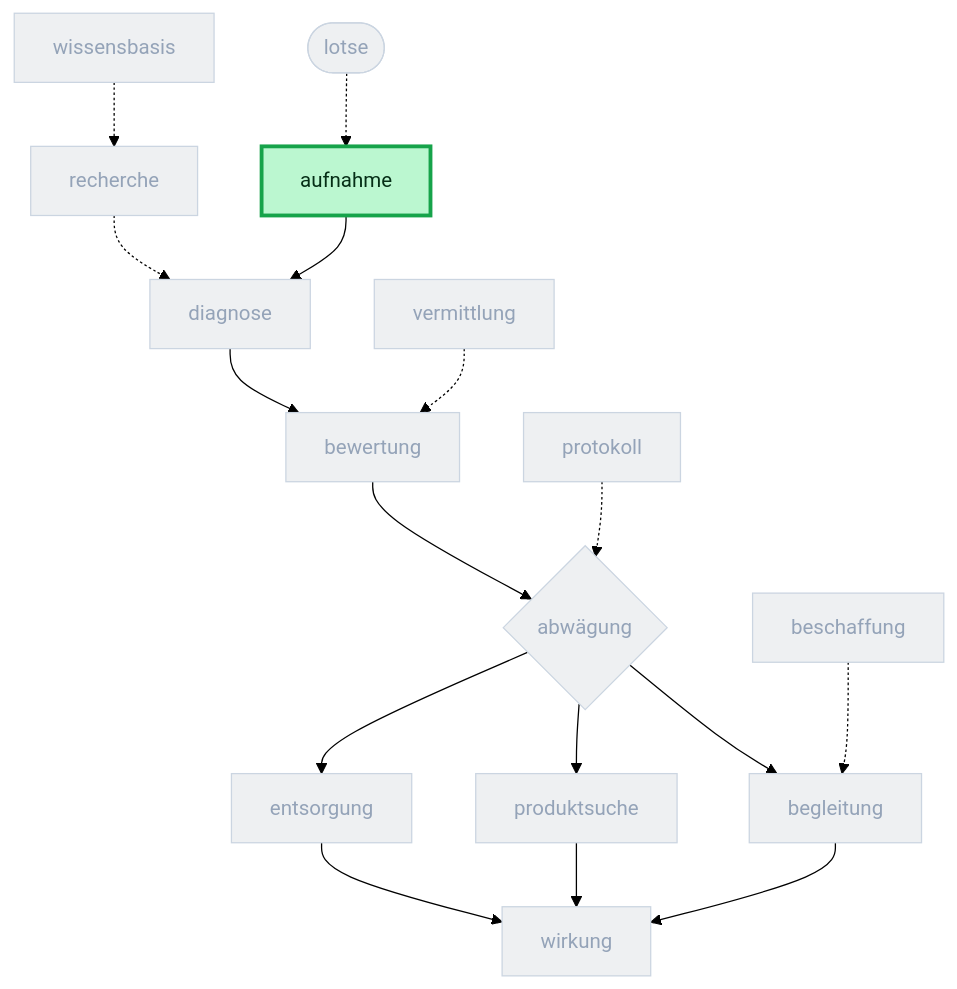
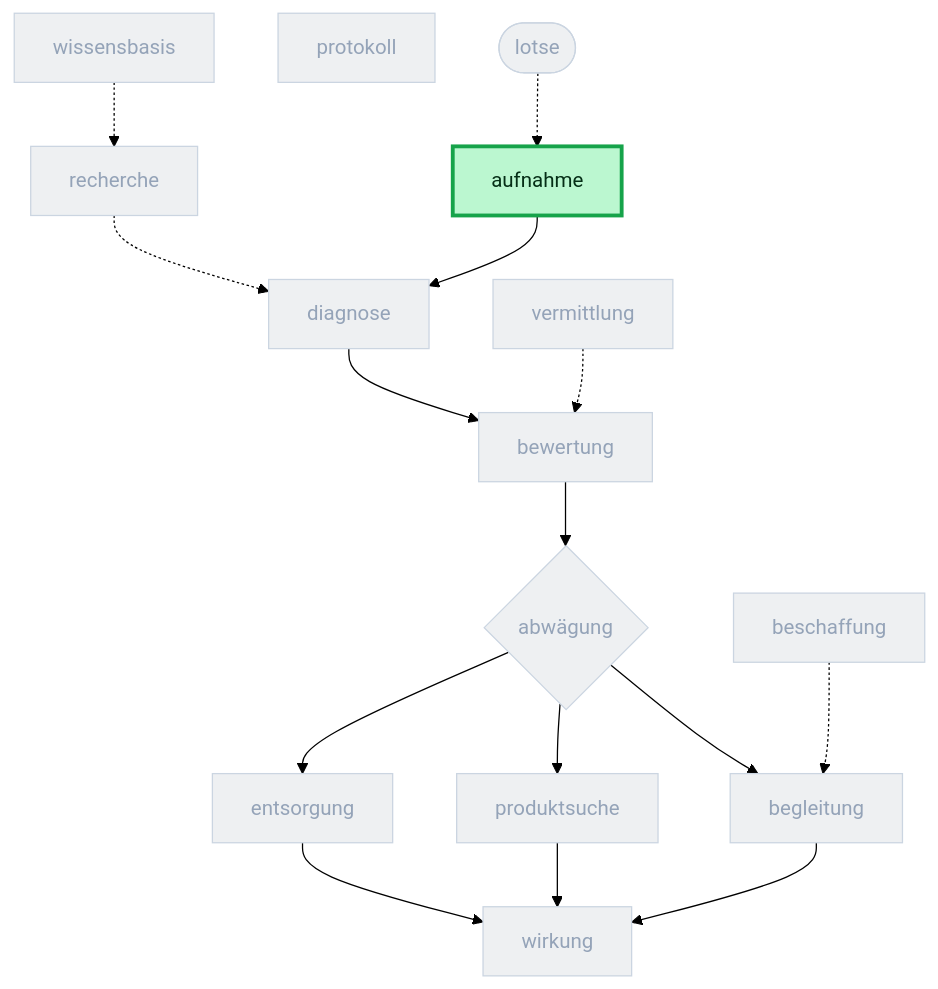
The third of 15 diagrams in docs/folien/runtime-roles.adoc (DigitaleOberlausitz/hackathon2026_RepairApp), drawn with Mermaid (forest theme) before and after one commit. The commit also changed other lines of this file and 2 other files, not shown here.

First line of the commit message:
docs(folien): Rollen-Folien narrativ (just-in-time) ordnen + schärfere Diagramme

```diff
--- a/docs/folien/runtime-roles.adoc
+++ b/docs/folien/runtime-roles.adoc
@@ -136,31 +156,30 @@
 [mermaid]
 ....
 flowchart TB
   classDef dim fill:#eef0f2,stroke:#cbd5e1,color:#94a3b8
   classDef active fill:#bbf7d0,stroke:#16a34a,stroke-width:3px,color:#052e16
   lotse([lotse]):::dim
   aufnahme[aufnahme]:::dim
   diagnose[diagnose]:::dim
   bewertung[bewertung]:::dim
   abwaegung{abwägung}:::dim
   begleitung[begleitung]:::dim
   produktsuche[produktsuche]:::dim
   entsorgung[entsorgung]:::dim
   wirkung[wirkung]:::dim
   recherche[recherche]:::dim
   vermittlung[vermittlung]:::dim
   beschaffung[beschaffung]:::dim
   protokoll[protokoll]:::dim
   wissensbasis[wissensbasis]:::dim
   lotse -.-> aufnahme
   aufnahme --> diagnose --> bewertung --> abwaegung
   abwaegung --> begleitung --> wirkung
   abwaegung --> produktsuche --> wirkung
   abwaegung --> entsorgung --> wirkung
   recherche -.-> diagnose
   vermittlung -.-> bewertung
   beschaffung -.-> begleitung
-  protokoll -.-> abwaegung
   wissensbasis -.-> recherche
   class aufnahme active
 ....
```
